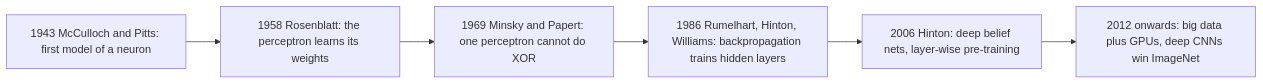
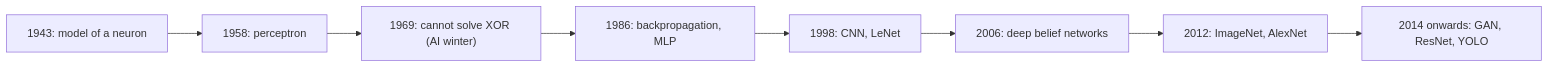
The first of 5 diagrams in content/deep-learning/notes/perceptron-mlp.mdx (TrendySloth1001/sem-seven-notes), drawn with Mermaid before and after one commit. The commit also changed other lines of this file and 168 other files, not shown here.

Commit message:
Rewrite the Module 1, activation, loss and GAN notes and their 25 answers from the teachers' class files. They keep the teacher's definitions, use 80 of their figures with class-notes citations only, and fix the slide errors in the XOR, NAND, loss and KL formulas.

````diff
--- a/content/deep-learning/notes/perceptron-mlp.mdx
+++ b/content/deep-learning/notes/perceptron-mlp.mdx
@@ -63,9 +31,11 @@
 ```mermaid
-%% caption: The three waves of neural-network research. Each wave fixed a weakness of the one before it.
+%% caption: The teacher's timeline in short. The XOR failure in 1969 stopped neural networks until backpropagation in 1986.
 flowchart LR
-  A["1943 McCulloch and Pitts: first model of a neuron"] --> B["1958 Rosenblatt: the perceptron learns its weights"]
-  B --> C["1969 Minsky and Papert: one perceptron cannot do XOR"]
-  C --> D["1986 Rumelhart, Hinton, Williams: backpropagation trains hidden layers"]
-  D --> E["2006 Hinton: deep belief nets, layer-wise pre-training"]
-  E --> F["2012 onwards: big data plus GPUs, deep CNNs win ImageNet"]
+  A["1943: model of a neuron"] --> B["1958: perceptron"]
+  B --> C["1969: cannot solve XOR (AI winter)"]
+  C --> D["1986: backpropagation, MLP"]
+  D --> E["1998: CNN, LeNet"]
+  E --> F["2006: deep belief networks"]
+  F --> G["2012: ImageNet, AlexNet"]
+  G --> H["2014 onwards: GAN, ResNet, YOLO"]
 ```
````
